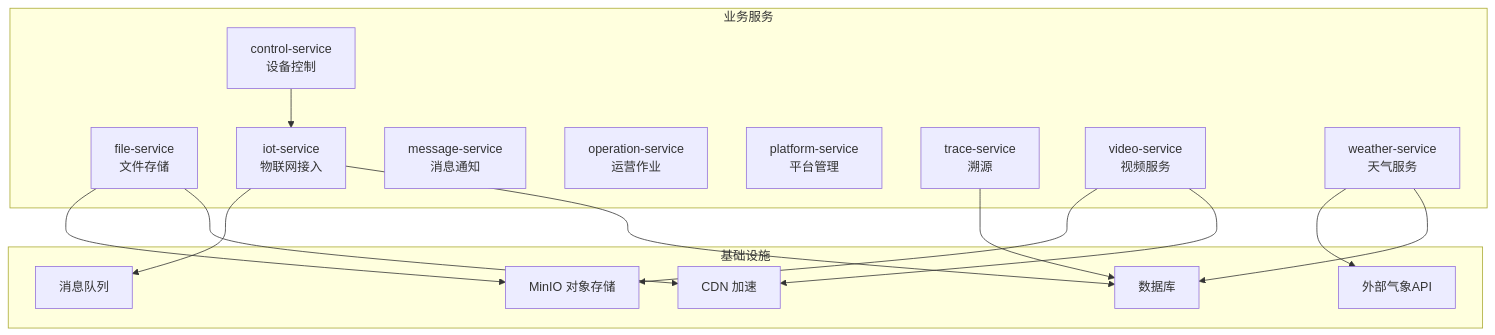
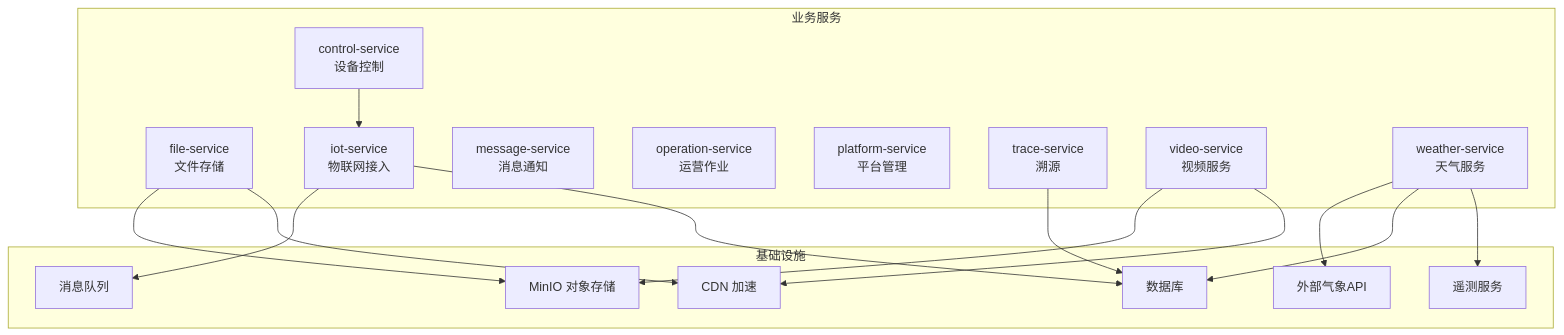
The first of 15 diagrams in .qoder/repowiki/zh/content/核心服务文档/其他业务服务.md (q446328246/agri-platform), drawn with Mermaid before and after one commit. The commit also changed other lines of this file and 39 other files, not shown here.

````diff
--- a/.qoder/repowiki/zh/content/核心服务文档/其他业务服务.md
+++ b/.qoder/repowiki/zh/content/核心服务文档/其他业务服务.md
@@ -53,31 +55,33 @@
 ```mermaid
 graph TB
 subgraph "业务服务"
 CS["control-service<br/>设备控制"]
 FS["file-service<br/>文件存储"]
 IoT["iot-service<br/>物联网接入"]
 MS["message-service<br/>消息通知"]
 OPS["operation-service<br/>运营作业"]
 PLAT["platform-service<br/>平台管理"]
 TRC["trace-service<br/>溯源"]
 VID["video-service<br/>视频服务"]
 WTH["weather-service<br/>天气服务"]
 end
 subgraph "基础设施"
 MINIO["MinIO 对象存储"]
 DB["数据库"]
 MQ["消息队列"]
 CDN["CDN 加速"]
 EXT["外部气象API"]
+TELEMETRY["遥测服务"]
 end
 CS --> IoT
 FS --> MINIO
 FS --> CDN
 IoT --> MQ
 IoT --> DB
 TRC --> DB
 VID --> MINIO
 VID --> CDN
 WTH --> EXT
 WTH --> DB
+WTH --> TELEMETRY
 ```
````
